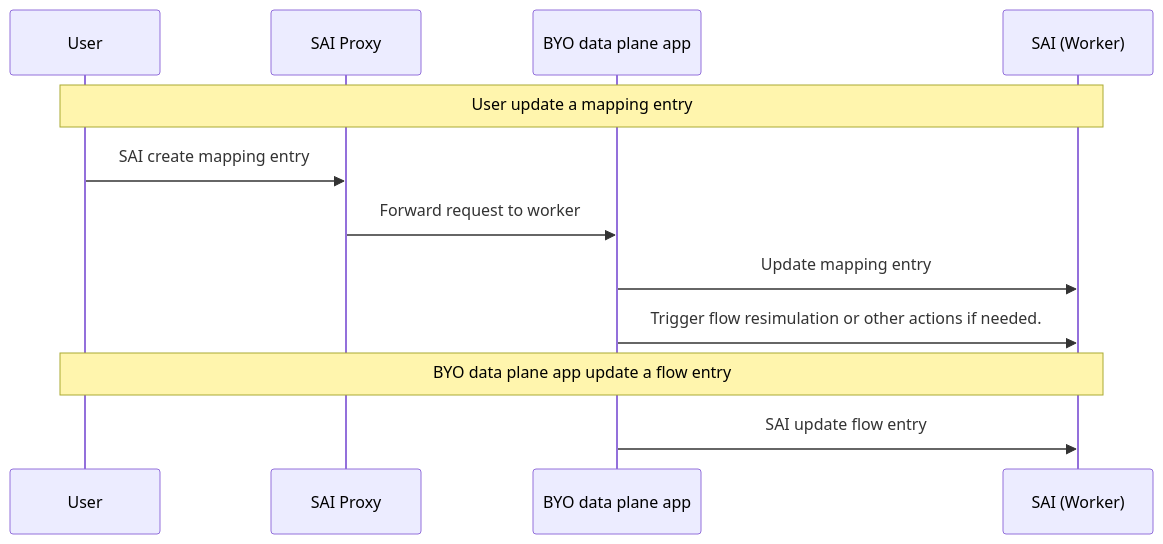
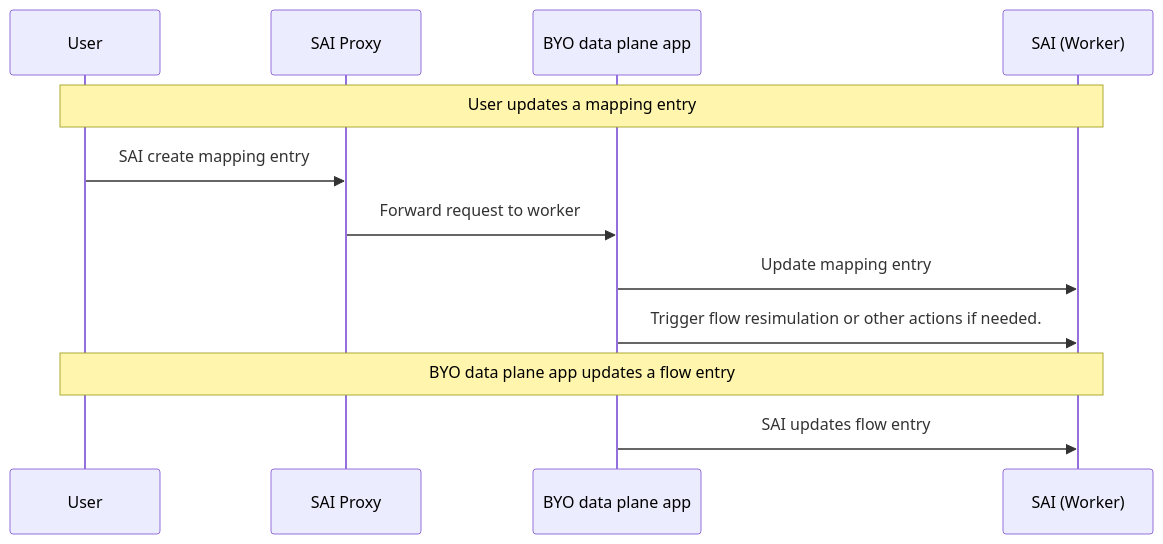
Before and after one commit to sonic-net/DASH: the second of 2 diagrams in documentation/dataplane/dash-byo-data-plane-app.md, drawn with Mermaid. The commit also changed other lines of this file, not shown here.

````diff
--- a/documentation/dataplane/dash-byo-data-plane-app.md
+++ b/documentation/dataplane/dash-byo-data-plane-app.md
@@ -103,17 +104,17 @@
 ```mermaid
 sequenceDiagram
 
 participant User
 participant SP as SAI Proxy
 participant BYODPA as BYO data plane app
 participant SW as SAI (Worker)
 
-note over User,SW: User update a mapping entry
+note over User,SW: User updates a mapping entry
 User->>SP: SAI create mapping entry
 SP->>BYODPA: Forward request to worker
 BYODPA->>SW: Update mapping entry
 BYODPA->>SW: Trigger flow resimulation or other actions if needed.
 
-note over User,SW: BYO data plane app update a flow entry
-BYODPA->>SW: SAI update flow entry
+note over User,SW: BYO data plane app updates a flow entry
+BYODPA->>SW: SAI updates flow entry
 ```
````
